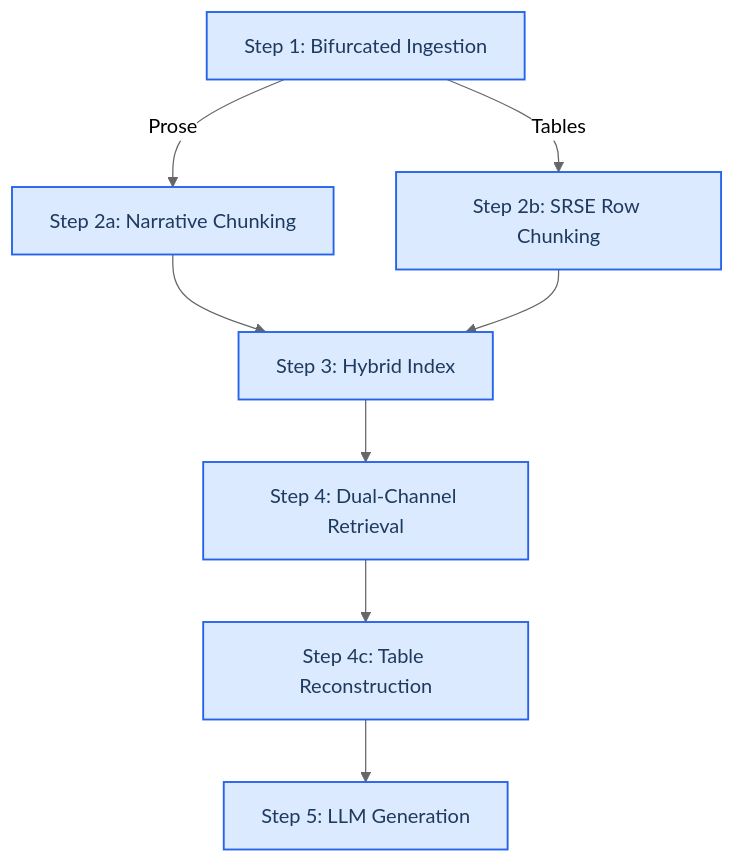
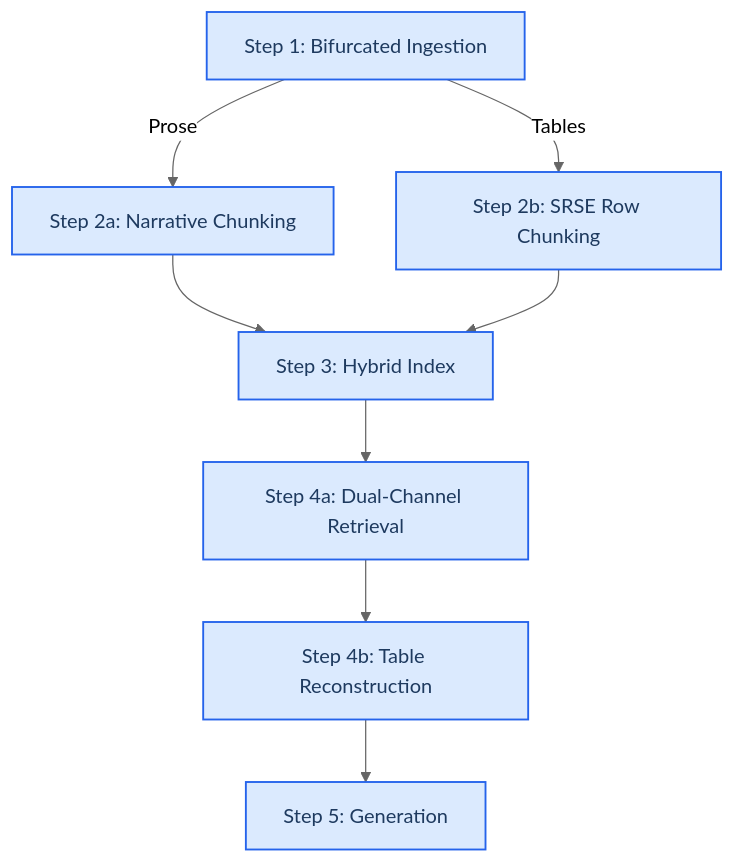
The second of 2 diagrams in index.qmd (gitnicklopez/IDC6940_financial-data-using-rag), drawn with Mermaid (neutral theme) before and after one commit. The commit also changed other lines of this file and 8 other files, not shown here.

Commit message:
feat: implement indexing and evaluation modules and update documentation for Naive RAG architecture and start documentation for Table-Aware RAG

````diff
--- a/index.qmd
+++ b/index.qmd
@@ -122,16 +140,16 @@
 ```{mermaid}
 %%| fig-cap: "Architecture B — Table-Aware Dual-Branch RAG"
 %%| fig-align: center
 flowchart TB
     B_Ingest["Step 1: Bifurcated Ingestion"]
     B_Ingest -->|Prose| B_Text["Step 2a: Narrative Chunking"]
     B_Ingest -->|Tables| B_SRSE["Step 2b: SRSE Row Chunking"]
     B_Text --> B_Index["Step 3: Hybrid Index"]
     B_SRSE --> B_Index
-    B_Index --> B_Retrieve["Step 4: Dual-Channel Retrieval"]
-    B_Retrieve --> B_Recon["Step 4c: Table Reconstruction"]
-    B_Recon --> B_LLM["Step 5: LLM Generation"]
+    B_Index --> B_Retrieve["Step 4a: Dual-Channel Retrieval"]
+    B_Retrieve --> B_Recon["Step 4b: Table Reconstruction"]
+    B_Recon --> B_LLM["Step 5: Generation"]
 
     classDef nodeB fill:#dbeafe,stroke:#2563eb,stroke-width:1.5px,color:#1e3a5f
     class B_Ingest,B_Text,B_SRSE,B_Index,B_Retrieve,B_Recon,B_LLM nodeB
 ```
````
